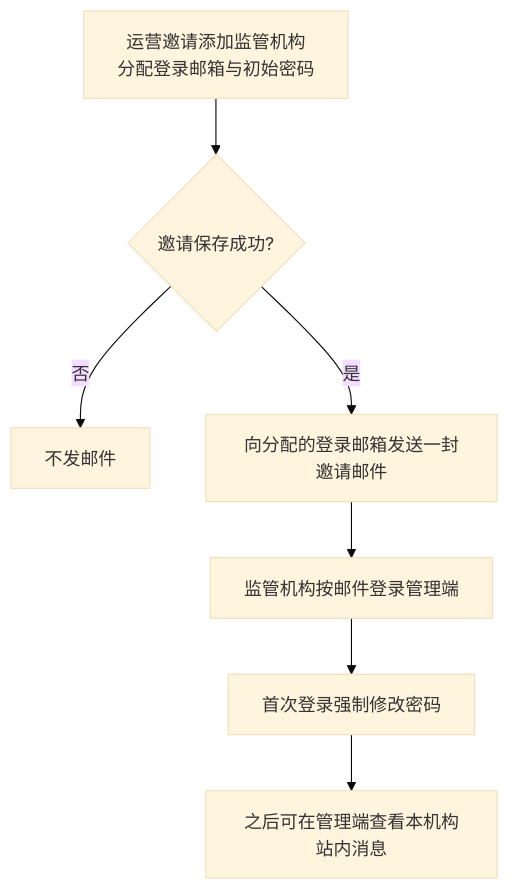
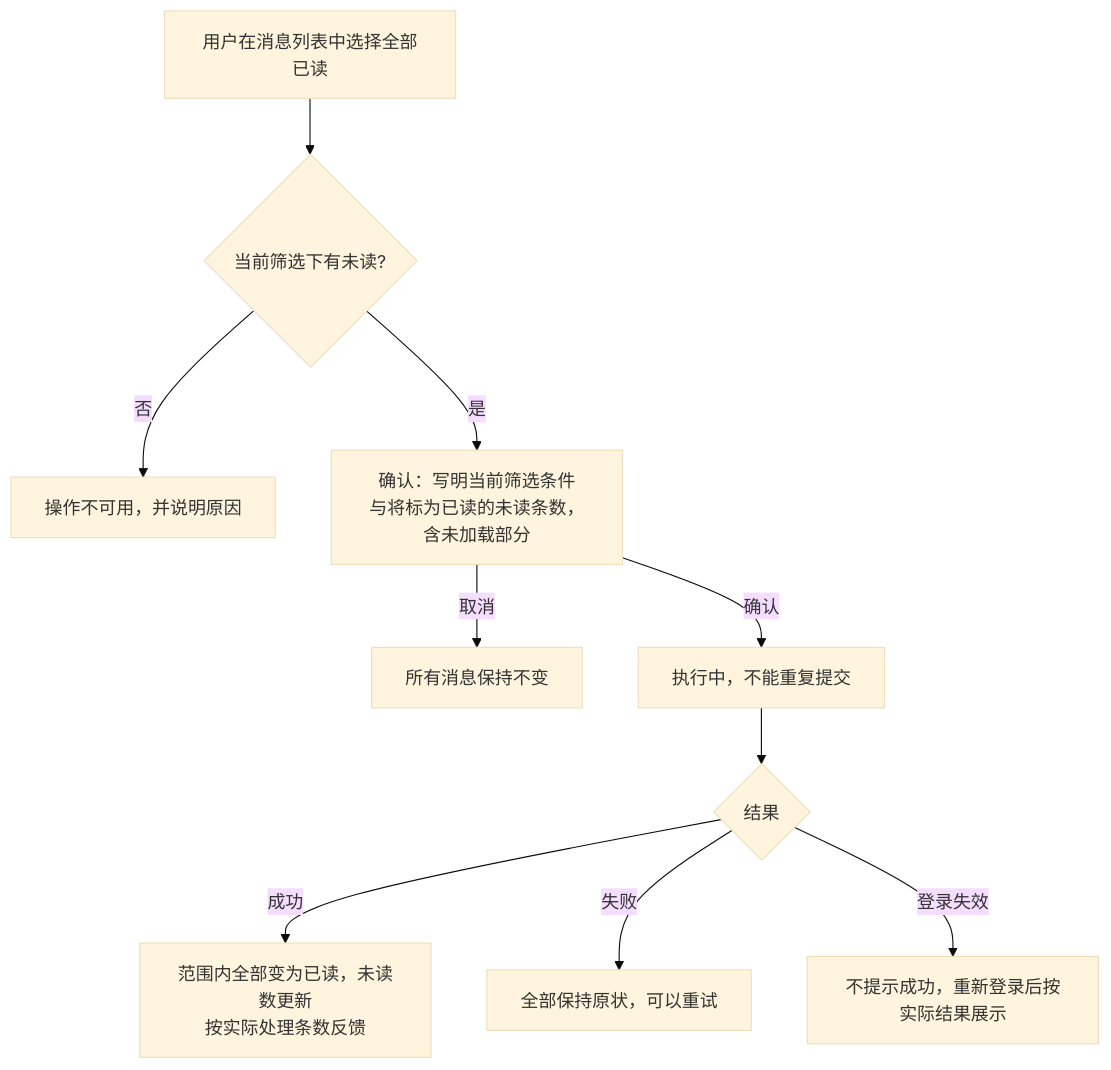
Before and after one commit to wxblockchain/Chain-Financing: the third of 4 diagrams in token-issuance-platform/PRD/v1.0-消息通知-流程图与状态机.md, drawn with Mermaid (base theme). The commit also changed other lines of this file and 4 other files, not shown here.

````diff
--- a/token-issuance-platform/PRD/v1.0-消息通知-流程图与状态机.md
+++ b/token-issuance-platform/PRD/v1.0-消息通知-流程图与状态机.md
@@ -114,9 +64,12 @@
 ```mermaid
 flowchart TD
-    A["运营邀请添加监管机构<br/>分配登录邮箱与初始密码"] --> B{"邀请保存成功?"}
-    B -->|否| B1["不发邮件"]
-    B -->|是| C["向分配的登录邮箱发送一封邀请邮件"]
-    C --> D["监管机构按邮件登录管理端"]
-    D --> E["首次登录强制修改密码"]
-    E --> F["之后可在管理端查看本机构站内消息"]
+    A["用户在消息列表中选择全部已读"] --> B{"当前筛选下有未读?"}
+    B -->|否| B1["操作不可用，并说明原因"]
+    B -->|是| C["确认：写明当前筛选条件<br/>与将标为已读的未读条数，含未加载部分"]
+    C -->|取消| C1["所有消息保持不变"]
+    C -->|确认| D["执行中，不能重复提交"]
+    D --> E{"结果"}
+    E -->|成功| F["范围内全部变为已读，未读数更新<br/>按实际处理条数反馈"]
+    E -->|失败| G["全部保持原状，可以重试"]
+    E -->|登录失效| H["不提示成功，重新登录后按实际结果展示"]
 ```
````
